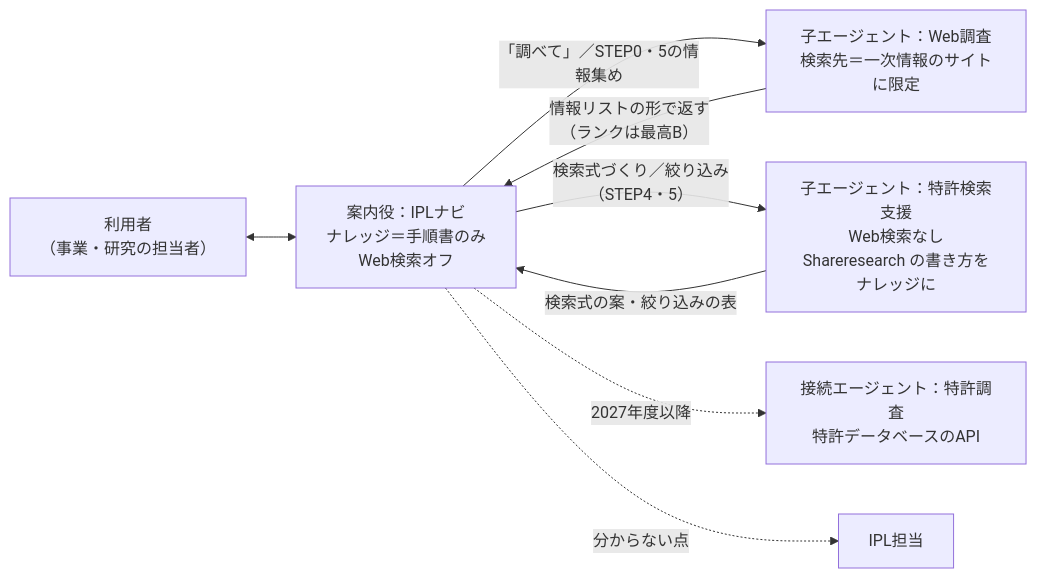
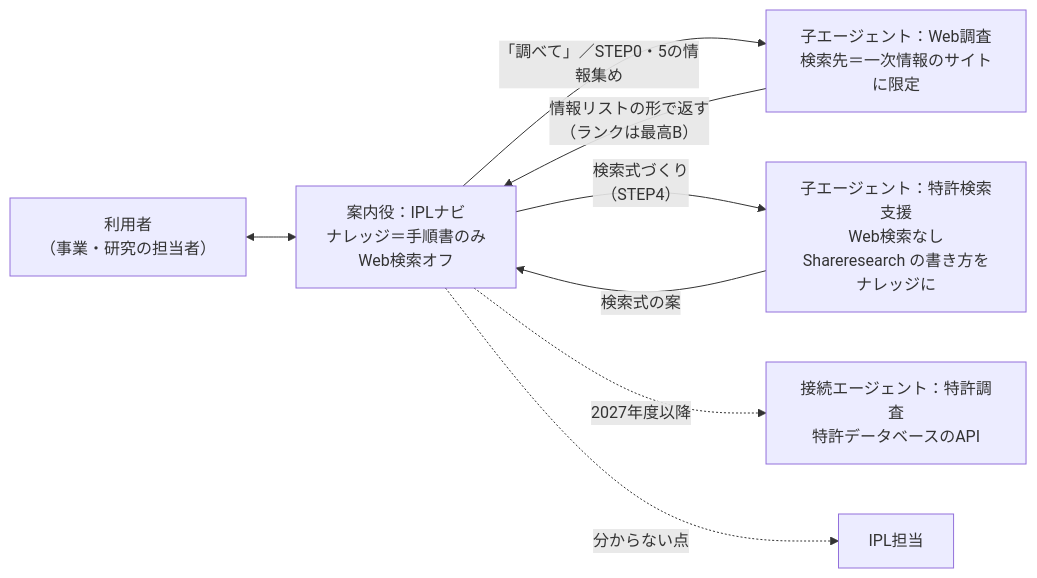
One commit to utpm6342836-cloud/IPL changed the diagram in copilot-studio/エージェント構成.md. Above: the diagram before and after it, drawn with Mermaid. The commit also changed other lines of this file and 23 other files, not shown here.

````diff
--- a/copilot-studio/エージェント構成.md
+++ b/copilot-studio/エージェント構成.md
@@ -7,10 +7,10 @@
 ```mermaid
 flowchart LR
   U["利用者<br>（事業・研究の担当者）"] <--> N["案内役：IPLナビ<br>ナレッジ＝手順書のみ<br>Web検索オフ"]
   N -->|「調べて」／STEP0・5の情報集め| W["子エージェント：Web調査<br>検索先＝一次情報のサイトに限定"]
   W -->|情報リストの形で返す<br>（ランクは最高B）| N
-  N -->|検索式づくり／絞り込み<br>（STEP4・5）| S["子エージェント：特許検索支援<br>Web検索なし<br>Shareresearch の書き方をナレッジに"]
-  S -->|検索式の案・絞り込みの表| N
+  N -->|検索式づくり<br>（STEP4）| S["子エージェント：特許検索支援<br>Web検索なし<br>Shareresearch の書き方をナレッジに"]
+  S -->|検索式の案| N
   N -.->|2027年度以降| P["接続エージェント：特許調査<br>特許データベースのAPI"]
   N -.->|分からない点| H["IPL担当"]
 ```
````
